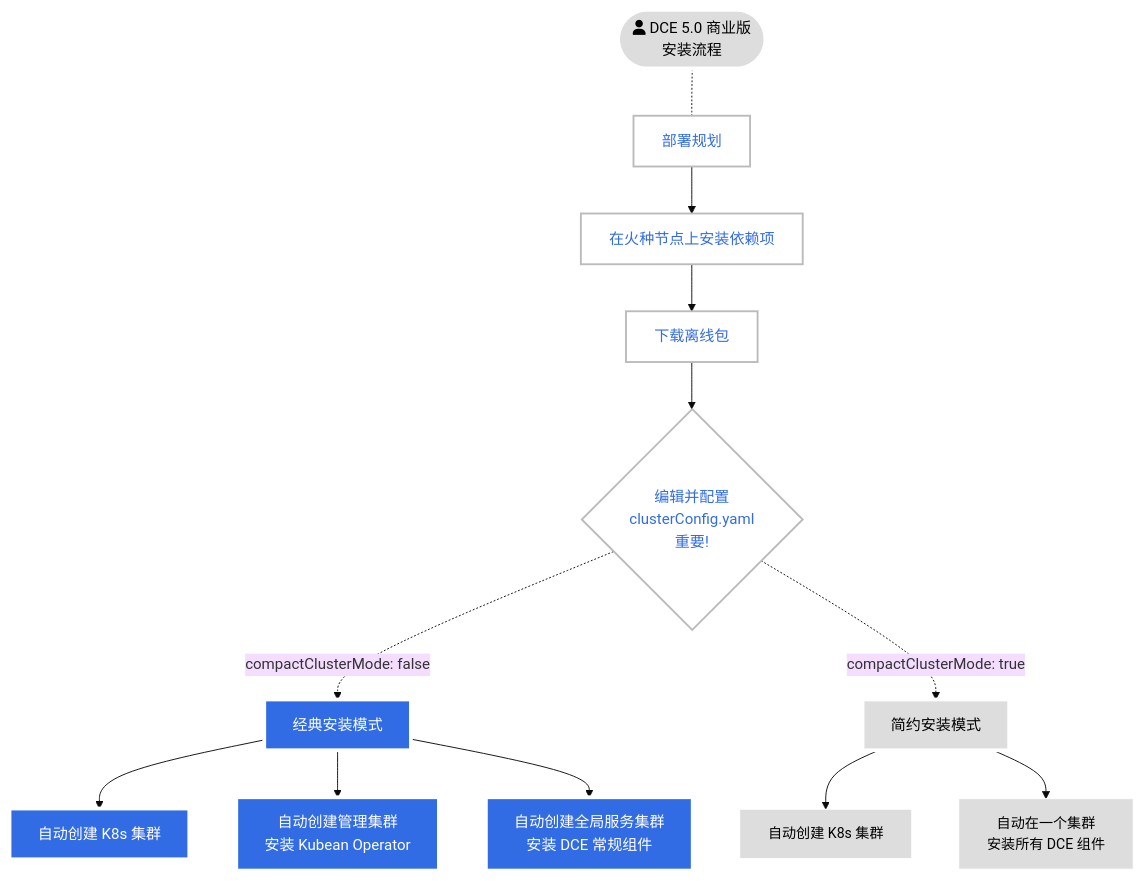
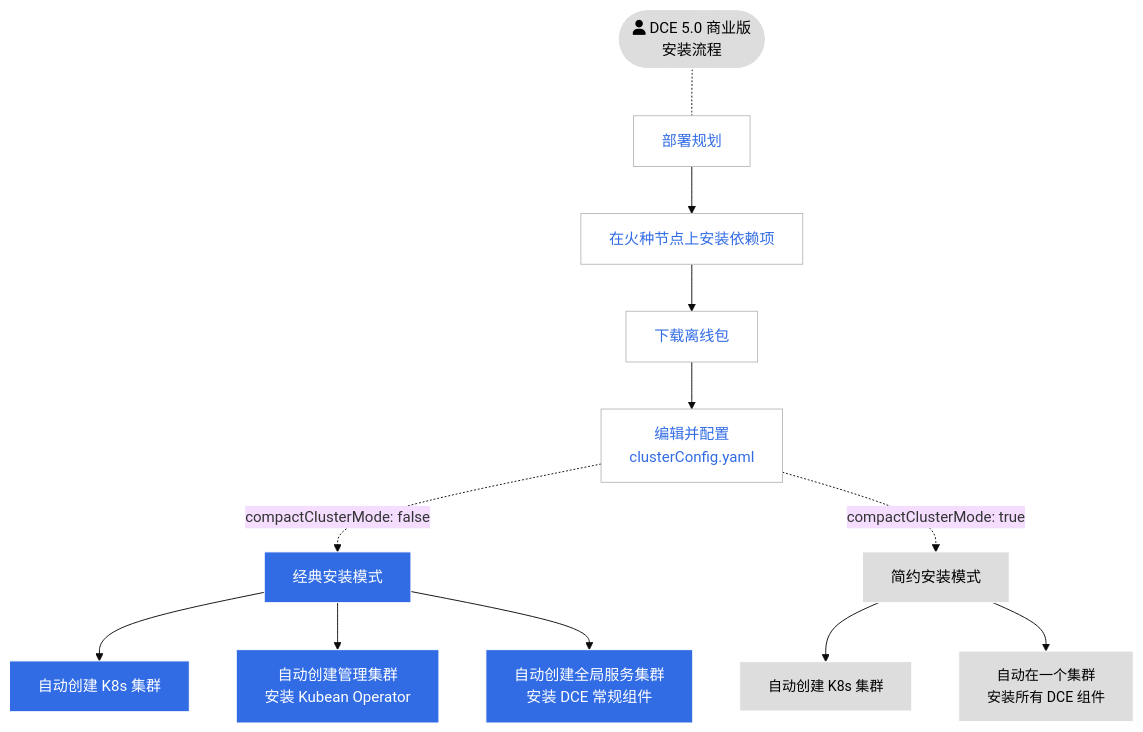
The second of 2 diagrams in docs/zh/docs/install/intro.md (DaoCloud/DaoCloud-docs), drawn with Mermaid (base theme) before and after one commit. The commit also changed other lines of this file, not shown here.

Commit message:
updated install mermaid

````diff
--- a/docs/zh/docs/install/intro.md
+++ b/docs/zh/docs/install/intro.md
@@ -69,35 +69,35 @@
 ```mermaid
 flowchart TB
 
     start([fa:fa-user DCE 5.0 商业版<br>安装流程]) -.- deploy[部署规划]
     deploy --> tools[在火种节点上安装依赖项]
     tools --> download[下载离线包]
-    download --> config{编辑并配置<br>clusterConfig.yaml<br>重要!}
+    download --> config[编辑并配置<br>clusterConfig.yaml]
 
     config -.compactClusterMode: false.-> typical[经典安装模式]
     typical --> k8s2[自动创建 K8s 集群]
     typical --> mng2[自动创建管理集群<br>安装 Kubean Operator]
     typical --> gsc2[自动创建全局服务集群<br>安装 DCE 常规组件]
 
     config -.compactClusterMode: true.-> simple[简约安装模式]
     simple --> k8s1[自动创建 K8s 集群]
     simple --> gsc1[自动在一个集群<br>安装所有 DCE 组件]
 
-classDef grey fill:#dddddd,stroke:#ffffff,stroke-width:px,color:#000000, font-size:15px;
-classDef white fill:#ffffff,stroke:#000,stroke-width:px,color:#000,font-weight:bold
+classDef grey fill:#dddddd,stroke:#ffffff,stroke-width:1px,color:#000000, font-size:15px;
+classDef white fill:#ffffff,stroke:#000,stroke-width:1px,color:#000,font-weight:bold
 classDef spacewhite fill:#ffffff,stroke:#fff,stroke-width:0px,color:#000
-classDef plain fill:#ddd,stroke:#fff,stroke-width:4px,color:#000;
-classDef k8s fill:#326ce5,stroke:#fff,stroke-width:4px,color:#fff;
-classDef cluster fill:#fff,stroke:#bbb,stroke-width:2px,color:#326ce5;
+classDef plain fill:#ddd,stroke:#fff,stroke-width:1px,color:#000;
+classDef k8s fill:#326ce5,stroke:#fff,stroke-width:1px,color:#fff;
+classDef cluster fill:#fff,stroke:#bbb,stroke-width:1px,color:#326ce5;
 
 class deploy,tools,download,config cluster
 class typical,k8s,mng2,gsc2,k8s2 k8s
 class simple,start plain
 class gsc1,k8s1 grey
 
 click deploy "https://docs.daocloud.io/install/commercial/deploy-plan/"
 click tools "https://docs.daocloud.io/install/install-tools/"
 click download "https://docs.daocloud.io/install/commercial/download-file/"
 click config "https://docs.daocloud.io/install/commercial/clusterconfig/"
 click typical,simple "https://docs.daocloud.io/install/commercial/start-install/"
 ```
````
